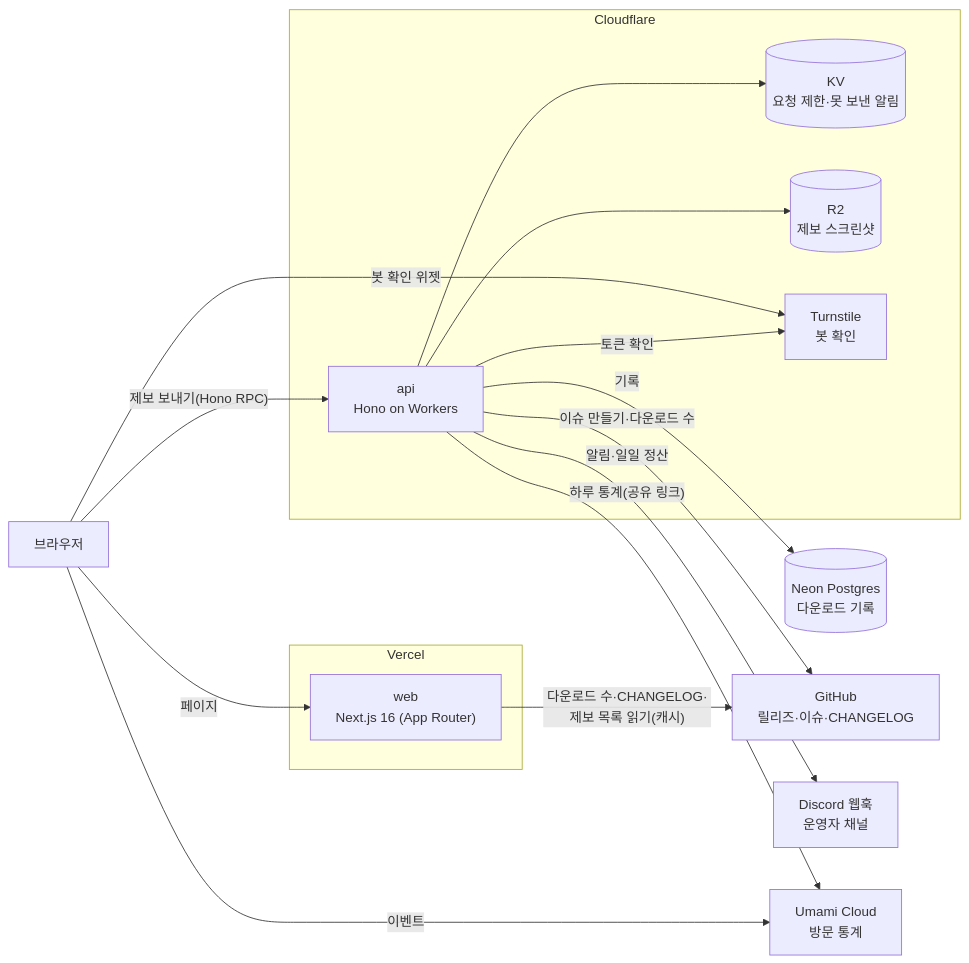
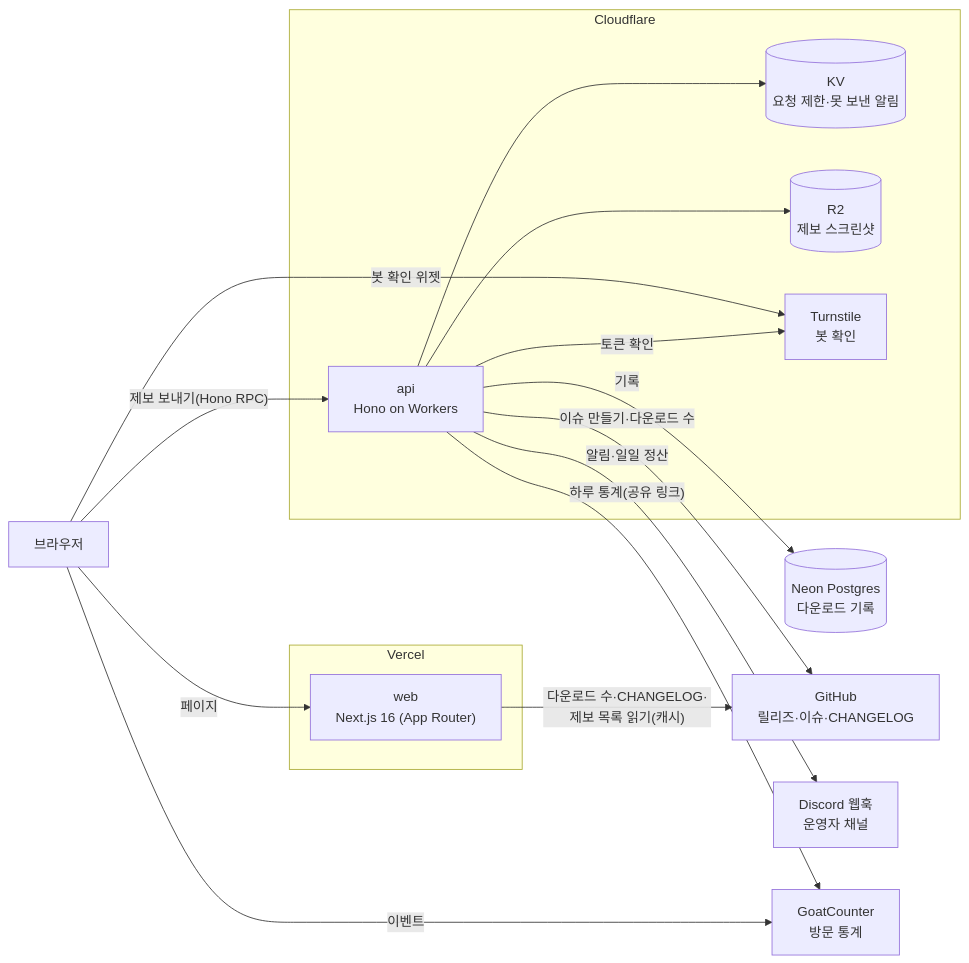
The first of 16 diagrams in app-flow.md (arqhive/arqhive-web), drawn with Mermaid before and after one commit. The commit also changed other lines of this file and 6 other files, not shown here.

````diff
--- a/app-flow.md
+++ b/app-flow.md
@@ -24,30 +24,30 @@
 ```mermaid
 flowchart LR
   B["브라우저"]
   subgraph vercel["Vercel"]
     W["web<br/>Next.js 16 (App Router)"]
   end
   subgraph cf["Cloudflare"]
     A["api<br/>Hono on Workers"]
     KV[("KV<br/>요청 제한·못 보낸 알림")]
     R2[("R2<br/>제보 스크린샷")]
     T["Turnstile<br/>봇 확인"]
   end
   N[("Neon Postgres<br/>다운로드 기록")]
   GH["GitHub<br/>릴리즈·이슈·CHANGELOG"]
   D["Discord 웹훅<br/>운영자 채널"]
-  U["Umami Cloud<br/>방문 통계"]
+  U["GoatCounter<br/>방문 통계"]
 
   B -- "페이지" --> W
   W -- "다운로드 수·CHANGELOG·제보 목록 읽기(캐시)" --> GH
   B -- "제보 보내기(Hono RPC)" --> A
   B -- "봇 확인 위젯" --> T
   B -- "이벤트" --> U
   A --> KV
   A --> R2
   A -- "토큰 확인" --> T
   A -- "이슈 만들기·다운로드 수" --> GH
   A -- "알림·일일 정산" --> D
   A -- "기록" --> N
   A -- "하루 통계(공유 링크)" --> U
 ```
````
